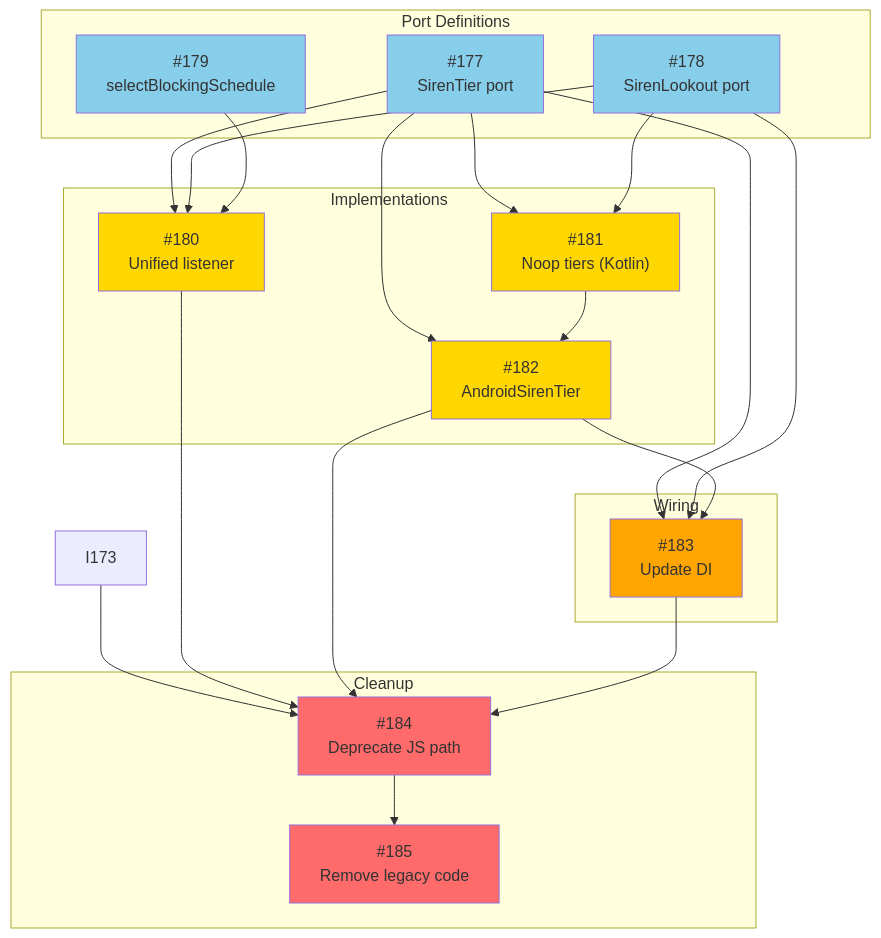
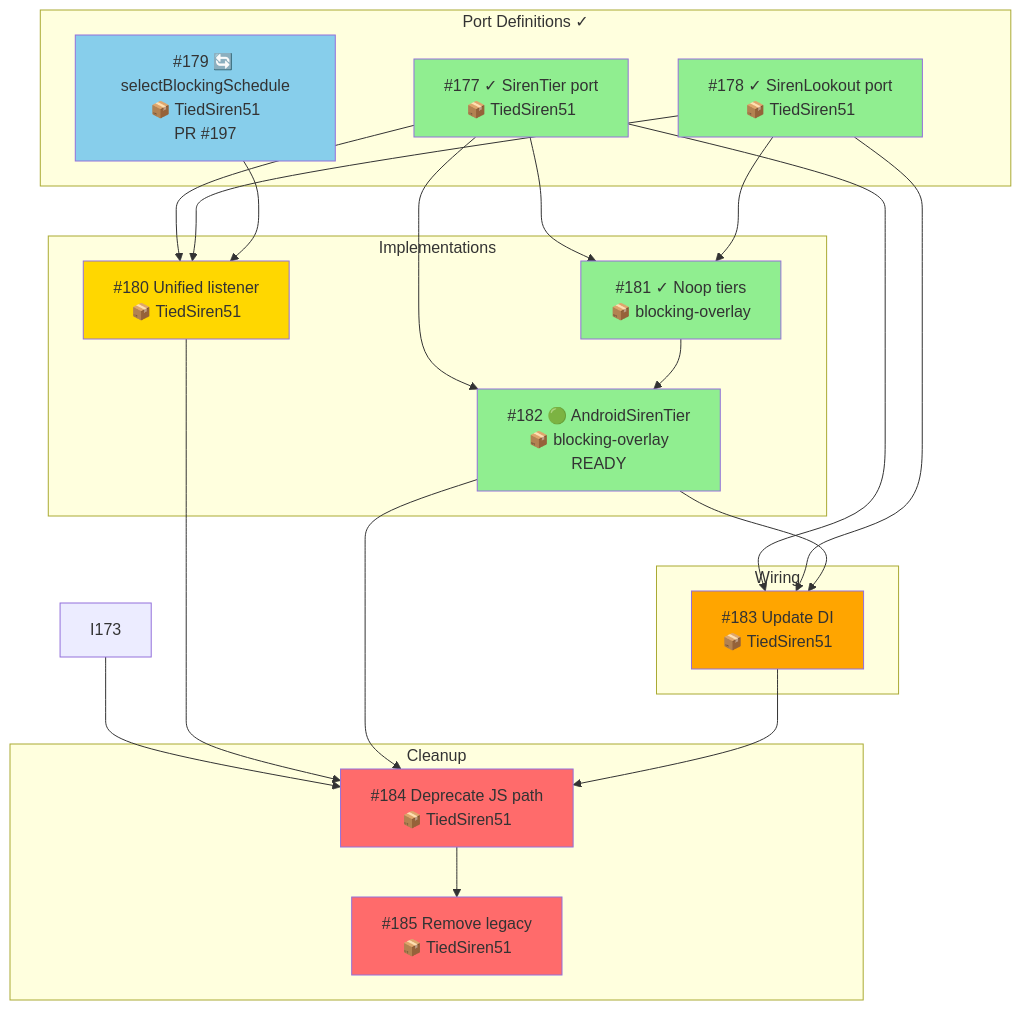
Before and after one commit to amehmeto/TiedSiren51: the third of 6 diagrams in docs/dependency-graph.md, drawn with Mermaid. The commit also changed other lines of this file, not shown here.

First line of the commit message:
docs: update dependency graph with repository info and progress

````diff
--- a/docs/dependency-graph.md
+++ b/docs/dependency-graph.md
@@ -54,58 +54,58 @@
 ```mermaid
 flowchart TD
-    subgraph PORTS["Port Definitions"]
-        I177["#177<br/>SirenTier port"]
-        I178["#178<br/>SirenLookout port"]
-        I179["#179<br/>selectBlockingSchedule"]
+    subgraph PORTS["Port Definitions ✓"]
+        I177["#177 ✓ SirenTier port<br/>📦 TiedSiren51"]
+        I178["#178 ✓ SirenLookout port<br/>📦 TiedSiren51"]
+        I179["#179 🔄 selectBlockingSchedule<br/>📦 TiedSiren51<br/>PR #197"]
     end
 
     subgraph IMPL["Implementations"]
-        I181["#181<br/>Noop tiers (Kotlin)"]
-        I182["#182<br/>AndroidSirenTier"]
-        I180["#180<br/>Unified listener"]
+        I181["#181 ✓ Noop tiers<br/>📦 blocking-overlay"]
+        I182["#182 🟢 AndroidSirenTier<br/>📦 blocking-overlay<br/>READY"]
+        I180["#180 Unified listener<br/>📦 TiedSiren51"]
     end
 
     subgraph WIRE["Wiring"]
-        I183["#183<br/>Update DI"]
+        I183["#183 Update DI<br/>📦 TiedSiren51"]
     end
 
     subgraph CLEANUP["Cleanup"]
-        I184["#184<br/>Deprecate JS path"]
-        I185["#185<br/>Remove legacy code"]
+        I184["#184 Deprecate JS path<br/>📦 TiedSiren51"]
+        I185["#185 Remove legacy<br/>📦 TiedSiren51"]
     end
 
     %% Port dependencies
     I177 --> I181
     I178 --> I181
     I177 --> I182
     I181 --> I182
 
     %% Listener needs ports + selector
     I177 --> I180
     I178 --> I180
     I179 --> I180
 
     %% DI needs implementations
     I177 --> I183
     I178 --> I183
     I182 --> I183
 
     %% Deprecation needs everything working
     I173 --> I184
     I180 --> I184
     I182 --> I184
     I183 --> I184
 
     %% Cleanup is last
     I184 --> I185
 
-    style I177 fill:#87CEEB
-    style I178 fill:#87CEEB
+    style I177 fill:#90EE90
+    style I178 fill:#90EE90
     style I179 fill:#87CEEB
-    style I181 fill:#FFD700
-    style I182 fill:#FFD700
+    style I181 fill:#90EE90
+    style I182 fill:#90EE90
     style I180 fill:#FFD700
     style I183 fill:#FFA500
     style I184 fill:#FF6B6B
     style I185 fill:#FF6B6B
 ```
````
